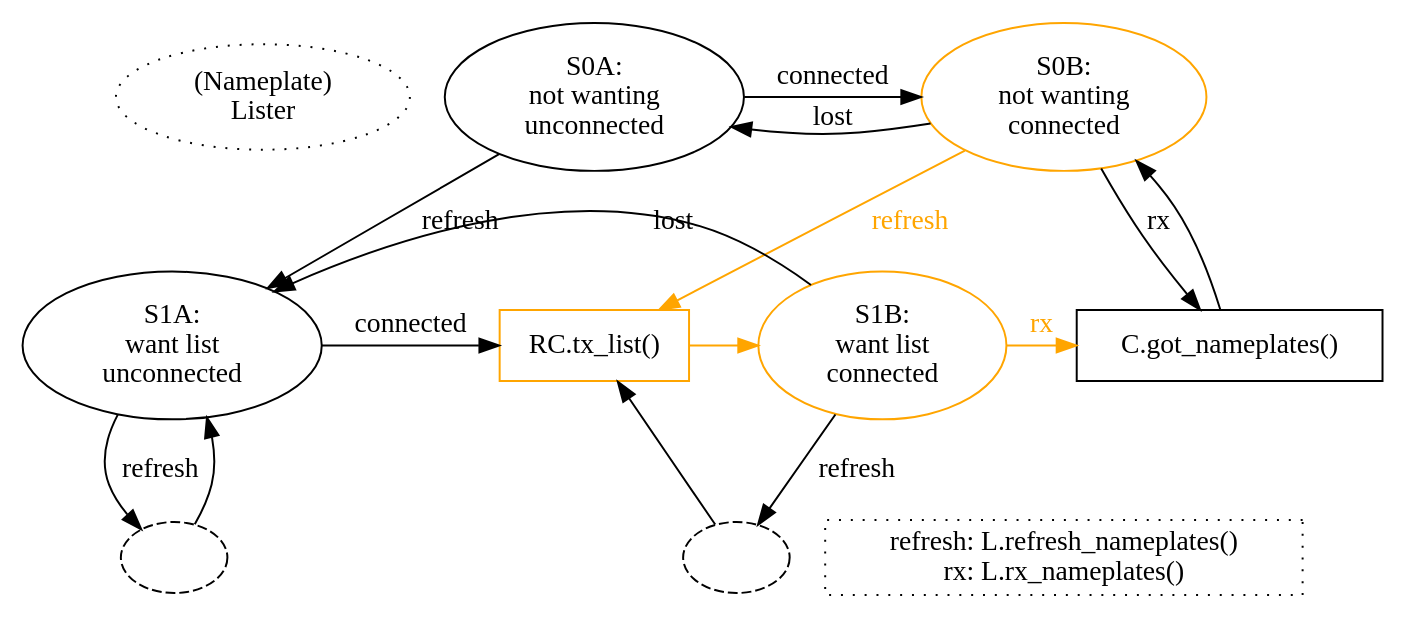
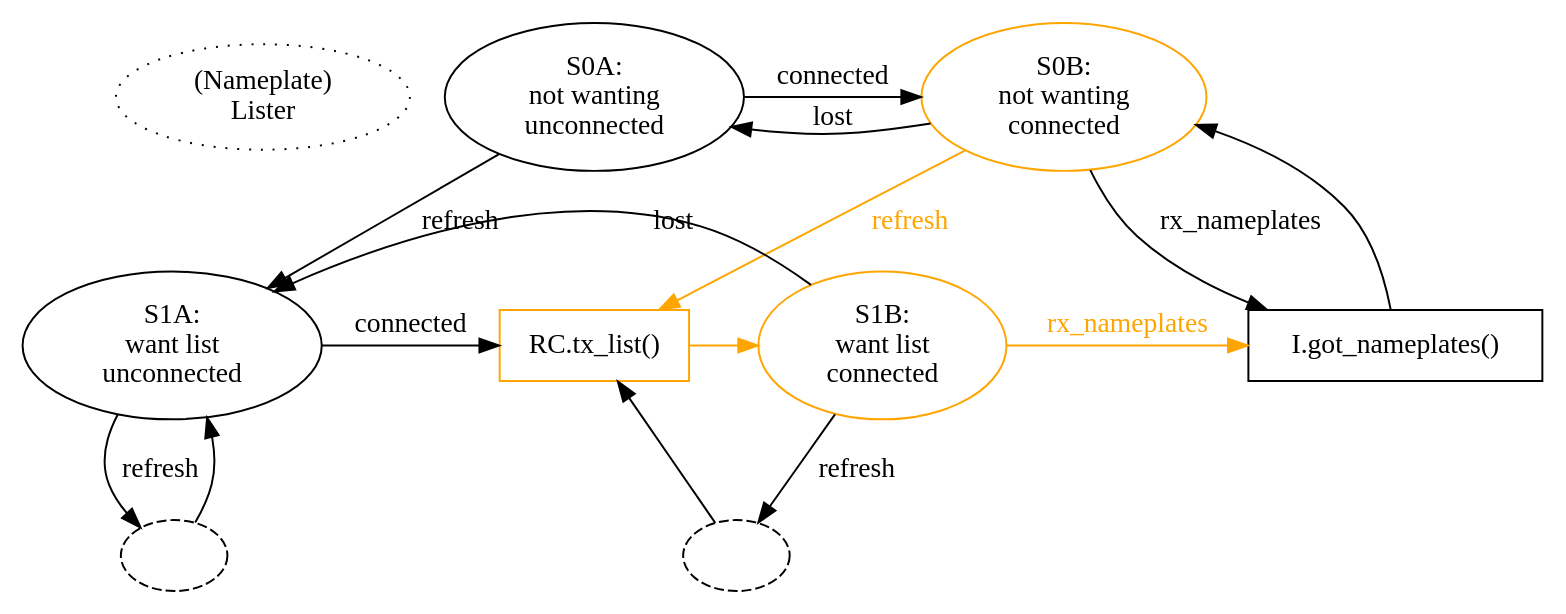
One commit to magic-wormhole/magic-wormhole changed the diagram in docs/state-machines/lister.dot. Above: the diagram before and after it, drawn with Graphviz. The commit also changed 12 other files, not shown here.

```diff
--- a/docs/state-machines/lister.dot
+++ b/docs/state-machines/lister.dot
@@ -1,42 +1,39 @@
 digraph {
         {rank=same; title S0A S0B}
         title [label="(Nameplate)\nLister" style="dotted"]
 
         S0A [label="S0A:\nnot wanting\nunconnected"]
         S0B [label="S0B:\nnot wanting\nconnected" color="orange"]
 
         S0A -> S0B [label="connected"]
         S0B -> S0A [label="lost"]
 
         S0A -> S1A [label="refresh"]
         S0B -> P_tx [label="refresh" color="orange" fontcolor="orange"]
 
         S0A -> P_tx [style="invis"]
 
         {rank=same; S1A P_tx S1B P_notify}
 
         S1A [label="S1A:\nwant list\nunconnected"]
         S1B [label="S1B:\nwant list\nconnected" color="orange"]
 
         S1A -> P_tx [label="connected"]
         P_tx [shape="box" label="RC.tx_list()" color="orange"]
         P_tx -> S1B [color="orange"]
         S1B -> S1A [label="lost"]
 
         S1A -> foo [label="refresh"]
         foo [label="" style="dashed"]
         foo -> S1A
 
         S1B -> foo2 [label="refresh"]
         foo2 [label="" style="dashed"]
         foo2 -> P_tx
 
-        S0B -> P_notify [label="rx"]
-        S1B -> P_notify [label="rx" color="orange" fontcolor="orange"]
-        P_notify [shape="box" label="C.got_nameplates()"]
+        S0B -> P_notify [label="rx_nameplates"]
+        S1B -> P_notify [label="rx_nameplates" color="orange" fontcolor="orange"]
+        P_notify [shape="box" label="I.got_nameplates()"]
         P_notify -> S0B
 
-        {rank=same; foo foo2 legend}
-        legend [shape="box" style="dotted"
-                label="refresh: L.refresh_nameplates()\nrx: L.rx_nameplates()"]
 }
```
